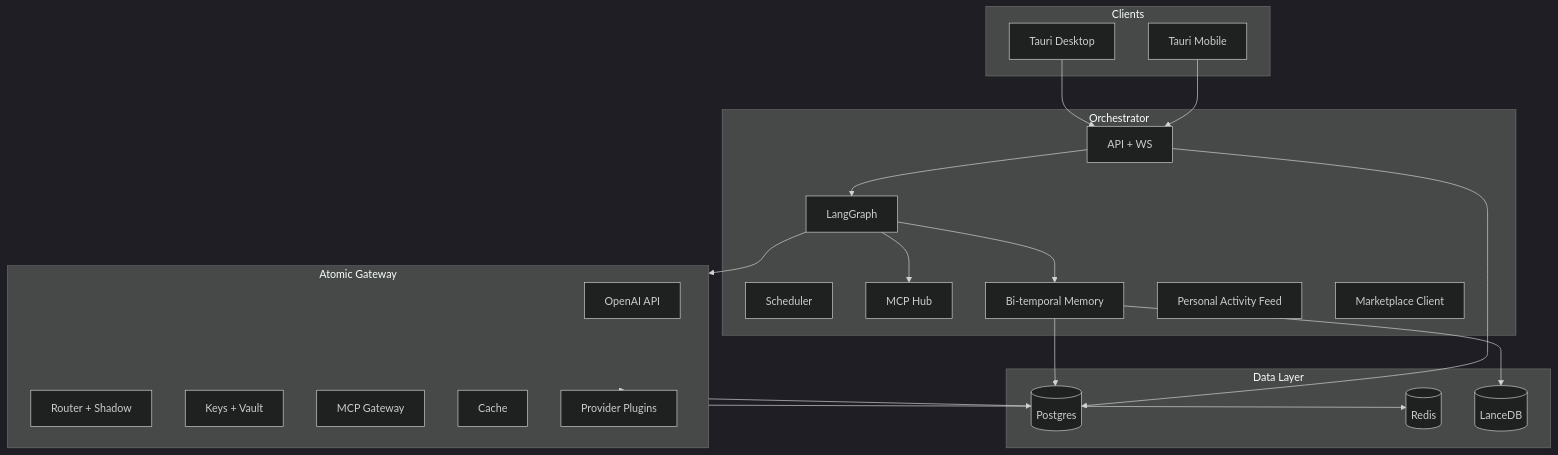
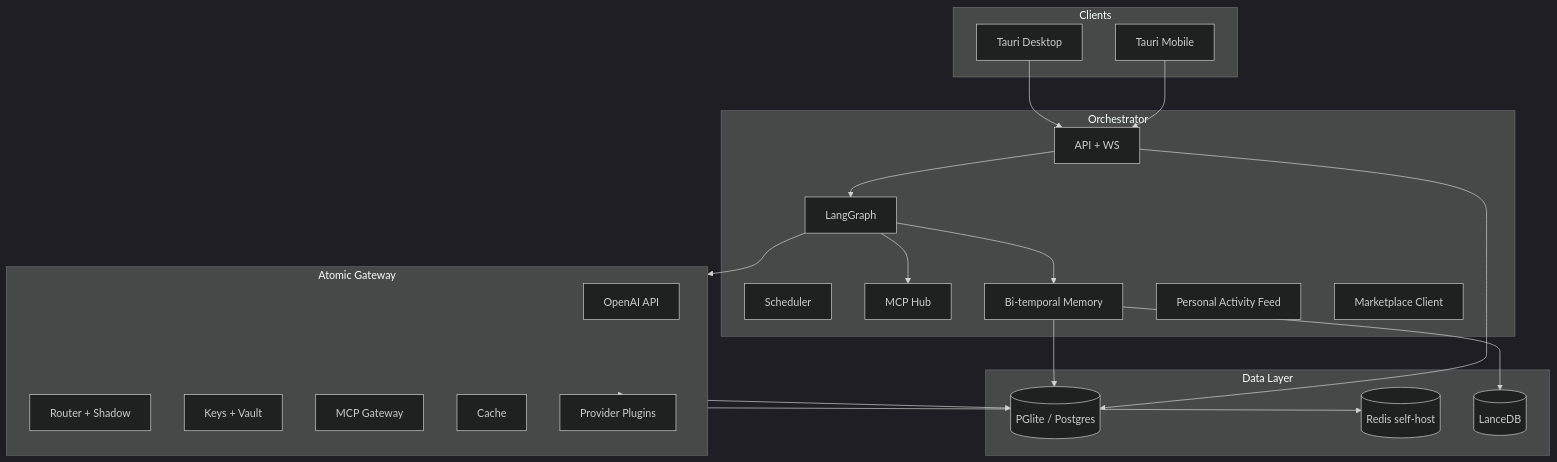
Before and after one commit to freqkflag/Atomic-Workstation: the diagram in docs/plans/2026-07-24-001-feat-atomic-workstation-plan.md, drawn with Mermaid (dark theme). The commit also changed other lines of this file and 3 other files, not shown here.

````diff
--- a/docs/plans/2026-07-24-001-feat-atomic-workstation-plan.md
+++ b/docs/plans/2026-07-24-001-feat-atomic-workstation-plan.md
@@ -304,45 +312,45 @@
 ```mermaid
 flowchart TB
   subgraph Clients["Clients"]
     Desktop[Tauri Desktop]
     Mobile[Tauri Mobile]
   end
 
   subgraph Orchestrator["Orchestrator"]
     API[API + WS]
     Agent[LangGraph]
     Sched[Scheduler]
     LocalMCP[MCP Hub]
     Mem[Bi-temporal Memory]
     Activity[Personal Activity Feed]
     Market[Marketplace Client]
   end
 
   subgraph Gateway["Atomic Gateway"]
     Proxy[OpenAI API]
     Router[Router + Shadow]
     Auth[Keys + Vault]
     MCPgw[MCP Gateway]
     Cache[Cache]
     Adapters[Provider Plugins]
   end
 
   subgraph Data["Data Layer"]
-    PG[(Postgres)]
-    Redis[(Redis)]
+    PGlite[(PGlite / Postgres)]
+    Redis[(Redis self-host)]
     Lance[(LanceDB)]
   end
 
   Desktop --> API
   Mobile --> API
   API --> Agent
   Agent --> Gateway
   Agent --> LocalMCP
   Agent --> Mem
   Gateway --> Adapters
-  Gateway --> PG
+  Gateway --> PGlite
   Gateway --> Redis
-  Mem --> PG
+  Mem --> PGlite
   Mem --> Lance
-  API --> PG
+  API --> PGlite
 ```
````
